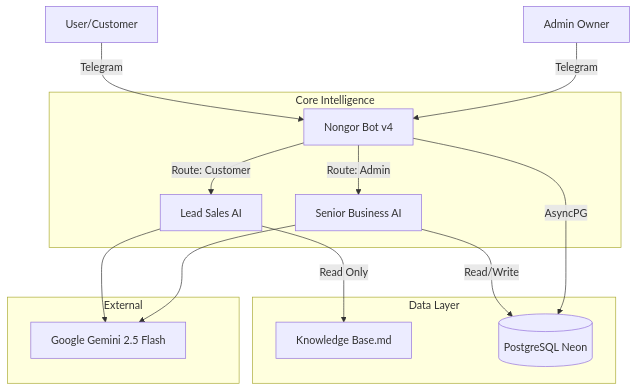
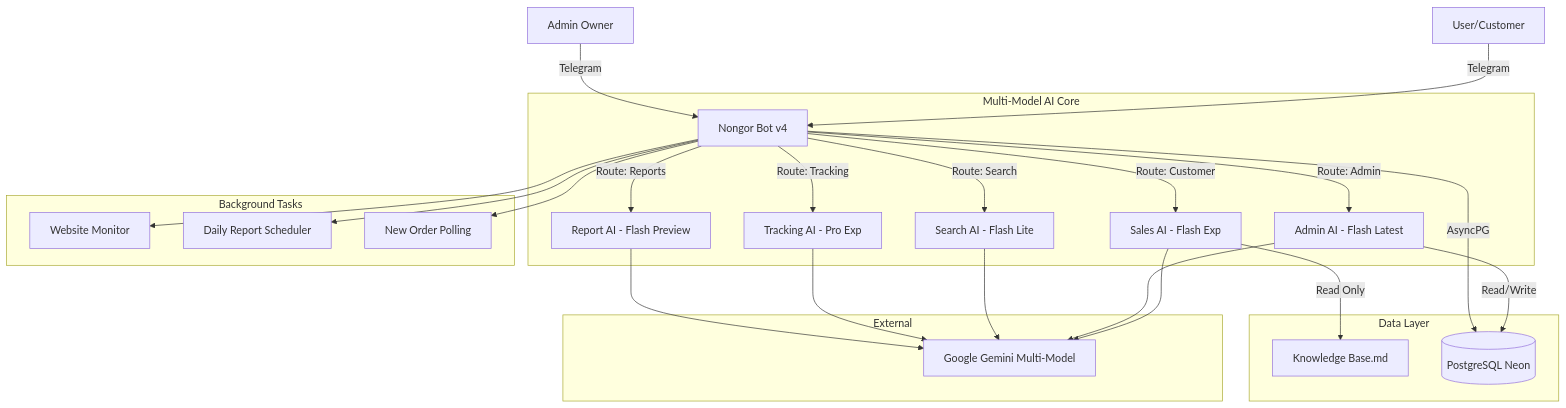
Before and after one commit to kazisalman21/nongor-bot: the diagram in README.md, drawn with Mermaid. The commit also changed other lines of this file and 7 other files, not shown here.

````diff
--- a/README.md
+++ b/README.md
@@ -47,21 +65,33 @@
 ```mermaid
 graph TD
     User[User/Customer] -->|Telegram| Bot[Nongor Bot v4]
     Admin[Admin Owner] -->|Telegram| Bot
     
-    subgraph "Core Intelligence"
-        Bot -->|Route: Customer| SalesAI[Lead Sales AI]
-        Bot -->|Route: Admin| BizAI[Senior Business AI]
+    subgraph "Multi-Model AI Core"
+        Bot -->|Route: Customer| SalesAI[Sales AI - Flash Exp]
+        Bot -->|Route: Search| SearchAI[Search AI - Flash Lite]
+        Bot -->|Route: Tracking| TrackAI[Tracking AI - Pro Exp]
+        Bot -->|Route: Admin| BizAI[Admin AI - Flash Latest]
+        Bot -->|Route: Reports| ReportAI[Report AI - Flash Preview]
     end
     
     subgraph "Data Layer"
         SalesAI -- Read Only --> KB[Knowledge Base.md]
         BizAI -- Read/Write --> DB[(PostgreSQL Neon)]
         Bot -- AsyncPG --> DB
     end
+
+    subgraph "Background Tasks"
+        Bot --> Monitor[Website Monitor]
+        Bot --> Reports[Daily Report Scheduler]
+        Bot --> Polling[New Order Polling]
+    end
     
     subgraph "External"
-        SalesAI --> Gemini[Google Gemini 2.5 Flash]
+        SalesAI --> Gemini[Google Gemini Multi-Model]
         BizAI --> Gemini
+        SearchAI --> Gemini
+        TrackAI --> Gemini
+        ReportAI --> Gemini
     end
 ```
````
